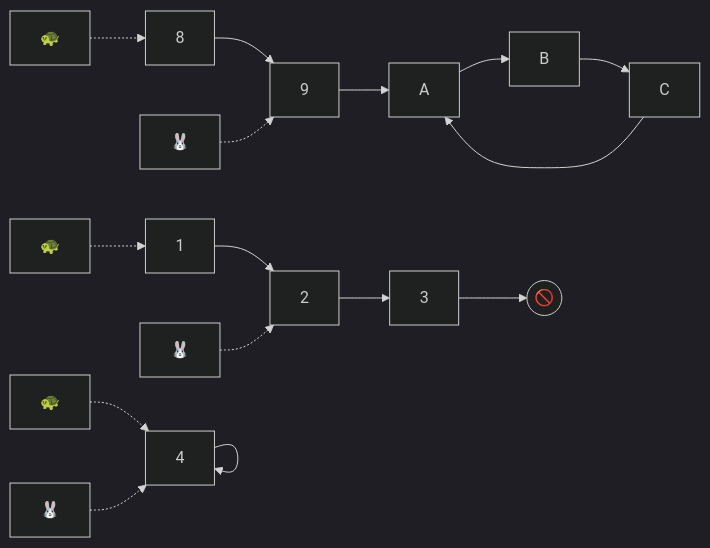
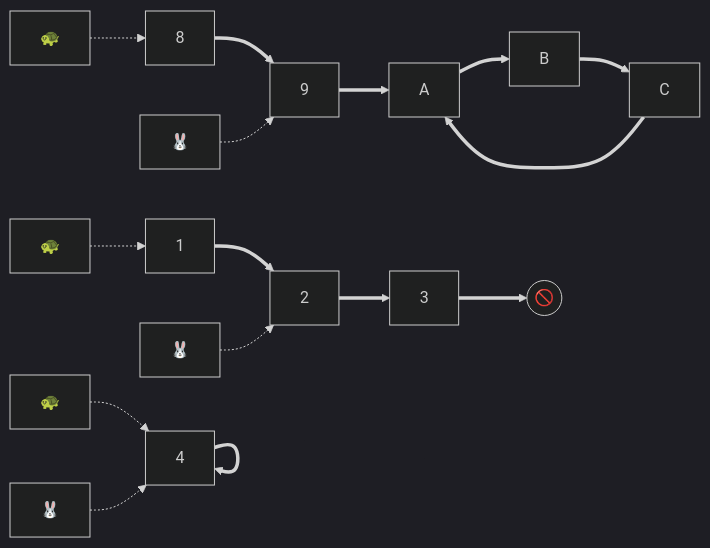
Before and after one commit to raganwald/raganwald.github.com: the sixth of 13 diagrams in _posts/2026-02-15-nuralagus-rex.md, drawn with Mermaid (dark theme). The commit also changed other lines of this file, not shown here.

```diff
--- a/_posts/2026-02-15-nuralagus-rex.md
+++ b/_posts/2026-02-15-nuralagus-rex.md
@@ -121,34 +121,34 @@
 <div class="mermaid">
   graph LR
 
     tortoise2["🐢"]
     hare2["🐰"]
     a["4"]
 
-    a-->a
+    a==>a
     tortoise2-.->a
     hare2-.->a
     
     tortoise["🐢"]
     hare["🐰"]
     e["8"]
     f["9"]
     g["A"]
     h["B"]
     i["C"]
 
-    e-->f-->g-->h-->i-->g
+    e==>f==>g==>h==>i==>g
     tortoise-.->e
     hare-.->f
 
     tortoise3["🐢"]
     hare3["🐰"]
     b["1"]
     c["2"]
     d["3"]
     Empty(("🚫"))
 
-    b-->c-->d-->Empty
+    b==>c==>d==>Empty
     tortoise3-.->b
     hare3-.->c
 </div>
```
